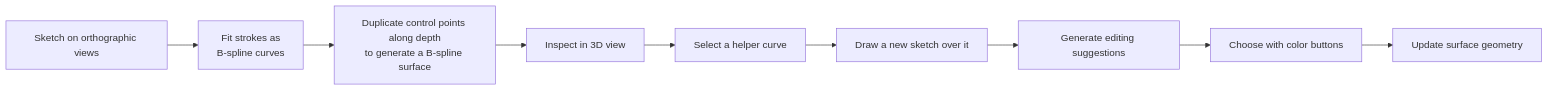
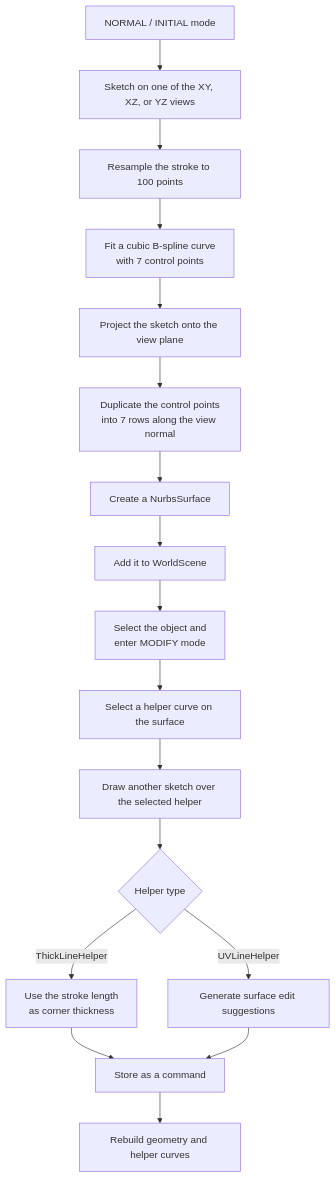
The third of 4 diagrams in README.md (hmwri/shelly), drawn with Mermaid before and after one commit. The commit also changed other lines of this file, not shown here.

Commit message:
Correct Shelly README diagrams

````diff
--- a/README.md
+++ b/README.md
@@ -136,11 +151,19 @@
 ```mermaid
-flowchart LR
-  sketch[Sketch on orthographic views] --> fit[Fit strokes as<br/>B-spline curves]
-  fit --> surface[Duplicate control points along depth<br/>to generate a B-spline surface]
-  surface --> view[Inspect in 3D view]
-  view --> select[Select a helper curve]
-  select --> edit[Draw a new sketch over it]
-  edit --> suggest[Generate editing suggestions]
-  suggest --> choose[Choose with color buttons]
-  choose --> update[Update surface geometry]
+flowchart TD
+  normal[NORMAL / INITIAL mode] --> draw[Sketch on one of the XY, XZ, or YZ views]
+  draw --> resample[Resample the stroke to 100 points]
+  resample --> fit[Fit a cubic B-spline curve<br/>with 7 control points]
+  fit --> project[Project the sketch onto the view plane]
+  project --> duplicate[Duplicate the control points<br/>into 7 rows along the view normal]
+  duplicate --> surface[Create a NurbsSurface]
+  surface --> add[Add it to WorldScene]
+  add --> editing[Select the object and<br/>enter MODIFY mode]
+  editing --> helper[Select a helper curve on the surface]
+  helper --> redraw[Draw another sketch over the selected helper]
+  redraw --> branch{Helper type}
+  branch -->|ThickLineHelper| thickness[Use the stroke length<br/>as corner thickness]
+  branch -->|UVLineHelper| suggest[Generate surface edit suggestions]
+  thickness --> history[Store as a command]
+  suggest --> history
+  history --> update[Rebuild geometry and helper curves]
 ```
````
